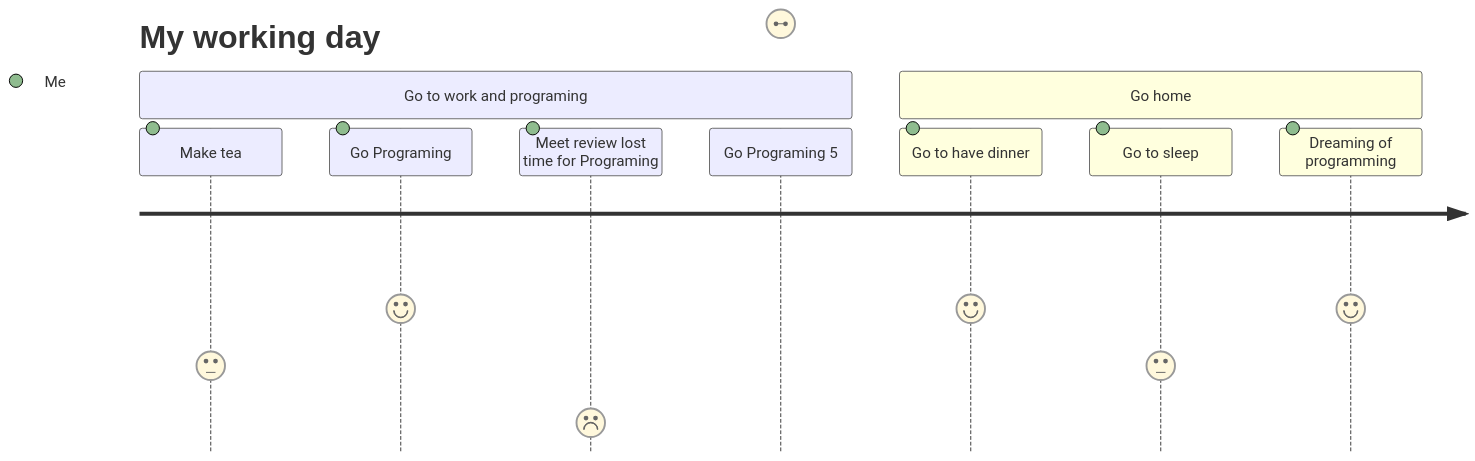
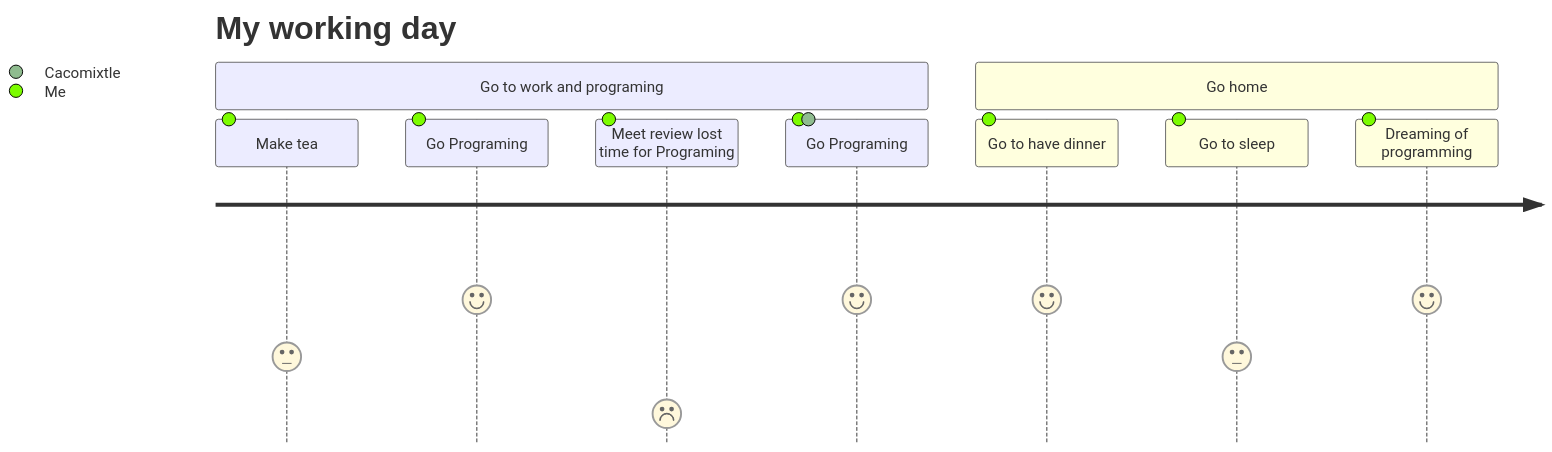
Before and after one commit to acmerev/acmerev: the diagram in README.md, drawn with Mermaid.

````diff
--- a/README.md
+++ b/README.md
@@ -25,14 +25,14 @@
 ```mermaid
 
 journey
     title My working day
     section Go to work and programing 
       Make tea: 3: Me
       Go Programing: 5: Me
       Meet review lost time for Programing: 1: Me
-      Go Programing 5: Me, Cacomixtle
+      Go Programing: 5: Me, Cacomixtle
     section Go home
       Go to have dinner: 5: Me
       Go to sleep: 3: Me
       Dreaming of programming: 5: Me
 ```
````
